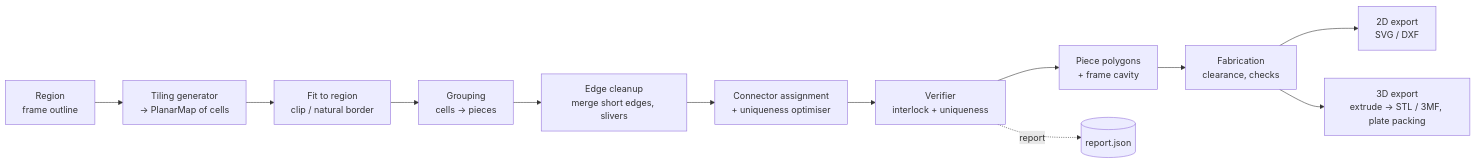
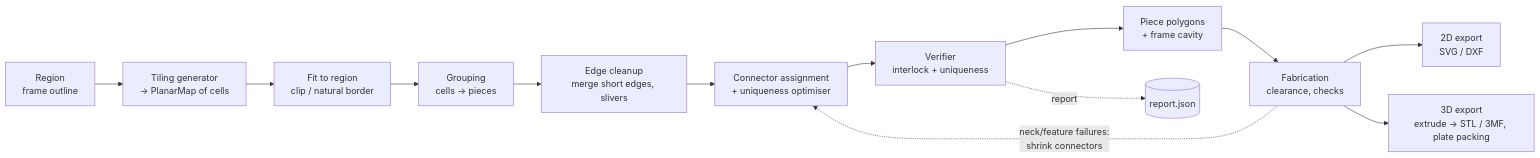
One commit to THW1/puzzlegen changed the diagram in DESIGN.md. Above: the diagram before and after it, drawn with Mermaid. The commit also changed other lines of this file and 2 other files, not shown here.

````diff
--- a/DESIGN.md
+++ b/DESIGN.md
@@ -42,14 +43,15 @@
 ```mermaid
 flowchart LR
   A[Region<br/>frame outline] --> B[Tiling generator<br/>→ PlanarMap of cells]
   B --> C[Fit to region<br/>clip / natural border]
   C --> D[Grouping<br/>cells → pieces]
   D --> E[Edge cleanup<br/>merge short edges, slivers]
   E --> F[Connector assignment<br/>+ uniqueness optimiser]
   F --> G[Verifier<br/>interlock + uniqueness]
   G --> H[Piece polygons<br/>+ frame cavity]
   H --> I[Fabrication<br/>clearance, checks]
   I --> J1[2D export<br/>SVG / DXF]
   I --> J2[3D export<br/>extrude → STL / 3MF, plate packing]
+  I -. neck/feature failures:<br/>shrink connectors .-> F
   G -. report .-> R[(report.json)]
 ```
````
